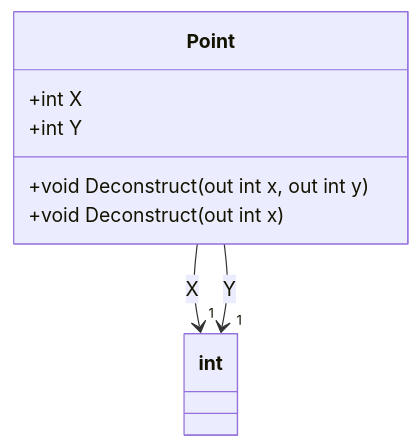
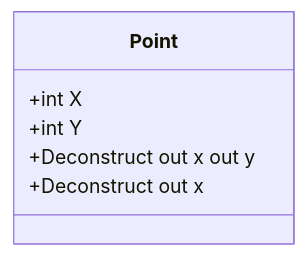
Before and after one commit to 42jerrykim/42jerrykim.github.io: the fourth of 11 diagrams in content/post/2024/2024-10-16-csharp-tuple/index.md, drawn with Mermaid. The commit also changed other lines of this file and 239 other files, not shown here.

````diff
--- a/content/post/2024/2024-10-16-csharp-tuple/index.md
+++ b/content/post/2024/2024-10-16-csharp-tuple/index.md
@@ -408,11 +329,9 @@
 ```mermaid
 classDiagram
     class Point {
         +int X
         +int Y
-        +void Deconstruct(out int x, out int y)
-        +void Deconstruct(out int x)
+        +Deconstruct out x out y
+        +Deconstruct out x
     }
-    Point --> "1" int : X
-    Point --> "1" int : Y
 ```
````
